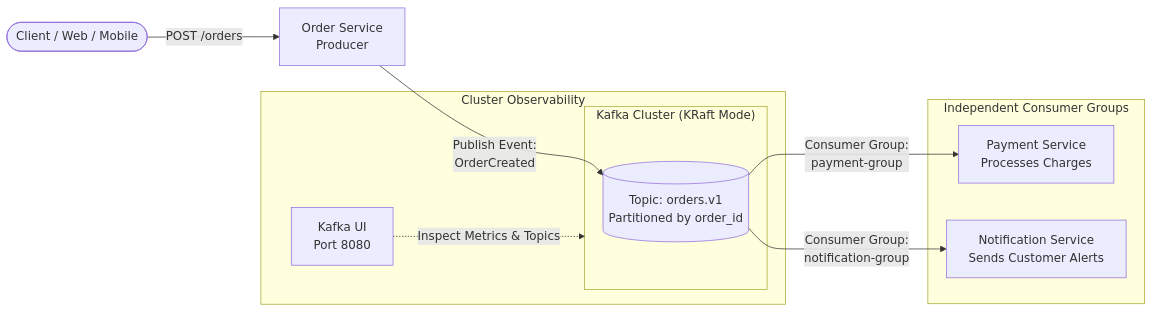
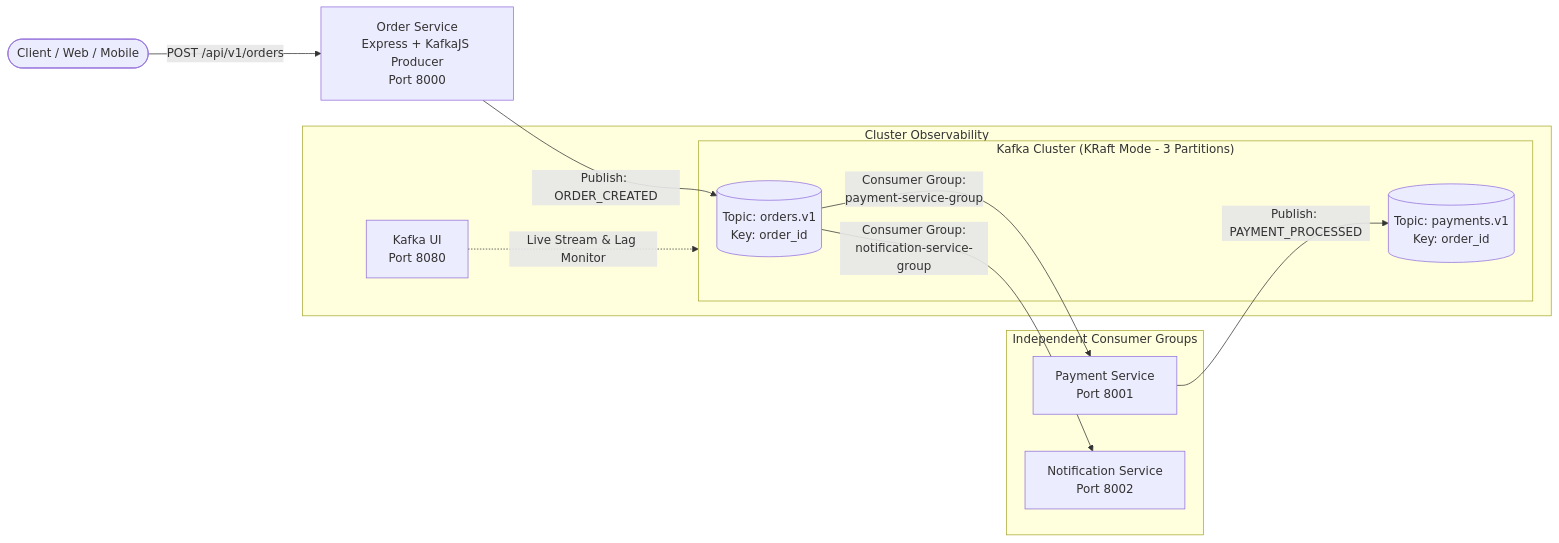
Before and after one commit to josecarlosschz/kafka-poc: the diagram in README.md, drawn with Mermaid. The commit also changed other lines of this file and 11 other files, not shown here.

Commit message:
feat(poc): implement kafka event-driven order processing with nodejs and kafkajs

````diff
--- a/README.md
+++ b/README.md
@@ -35,19 +38,21 @@
 ```mermaid
 flowchart LR
-    Client([Client / Web / Mobile]) -->|POST /orders| OrderService[Order Service\nProducer]
+    Client([Client / Web / Mobile]) -->|POST /api/v1/orders| OrderService[Order Service\nExpress + KafkaJS Producer\nPort 8000]
     
-    subgraph KafkaCluster["Kafka Cluster (KRaft Mode)"]
-        TopicOrders[("Topic: orders.v1\nPartitioned by order_id")]
+    subgraph KafkaCluster["Kafka Cluster (KRaft Mode - 3 Partitions)"]
+        TopicOrders[("Topic: orders.v1\nKey: order_id")]
+        TopicPayments[("Topic: payments.v1\nKey: order_id")]
     end
     
-    OrderService -->|Publish Event:\nOrderCreated| TopicOrders
+    OrderService -->|Publish: ORDER_CREATED| TopicOrders
     
     subgraph Consumers["Independent Consumer Groups"]
-        TopicOrders -->|Consumer Group:\npayment-group| PaymentService[Payment Service\nProcesses Charges]
-        TopicOrders -->|Consumer Group:\nnotification-group| NotificationService[Notification Service\nSends Customer Alerts]
+        TopicOrders -->|Consumer Group:\npayment-service-group| PaymentService[Payment Service\nPort 8001]
+        PaymentService -->|Publish: PAYMENT_PROCESSED| TopicPayments
+        TopicOrders -->|Consumer Group:\nnotification-service-group| NotificationService[Notification Service\nPort 8002]
     end
 
     subgraph Observability["Cluster Observability"]
-        KafkaUI[Kafka UI\nPort 8080] -.->|Inspect Metrics & Topics| KafkaCluster
+        KafkaUI[Kafka UI\nPort 8080] -.->|Live Stream & Lag Monitor| KafkaCluster
     end
 ```
````
